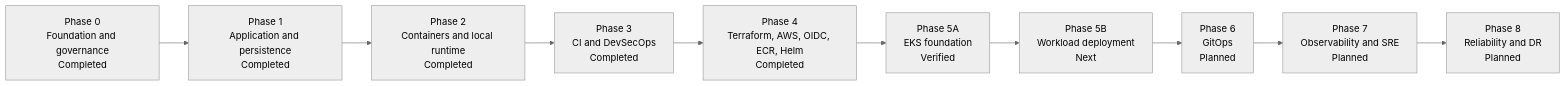
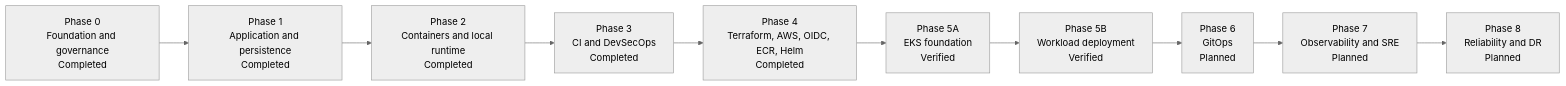
One commit to SamehYahia/ai-job-platform changed the fourth of 4 diagrams in README.md. Above: the diagram before and after it, drawn with Mermaid (neutral theme). The commit also changed other lines of this file and 16 other files, not shown here.

````diff
--- a/README.md
+++ b/README.md
@@ -316,12 +352,12 @@
 ```mermaid
 flowchart LR
     P0["Phase 0<br/>Foundation and governance<br/>Completed"] --> P1["Phase 1<br/>Application and persistence<br/>Completed"]
     P1 --> P2["Phase 2<br/>Containers and local runtime<br/>Completed"]
     P2 --> P3["Phase 3<br/>CI and DevSecOps<br/>Completed"]
     P3 --> P4["Phase 4<br/>Terraform, AWS, OIDC, ECR, Helm<br/>Completed"]
     P4 --> P5A["Phase 5A<br/>EKS foundation<br/>Verified"]
-    P5A --> P5B["Phase 5B<br/>Workload deployment<br/>Next"]
+    P5A --> P5B["Phase 5B<br/>Workload deployment<br/>Verified"]
     P5B --> P6["Phase 6<br/>GitOps<br/>Planned"]
     P6 --> P7["Phase 7<br/>Observability and SRE<br/>Planned"]
     P7 --> P8["Phase 8<br/>Reliability and DR<br/>Planned"]
 ```
````
